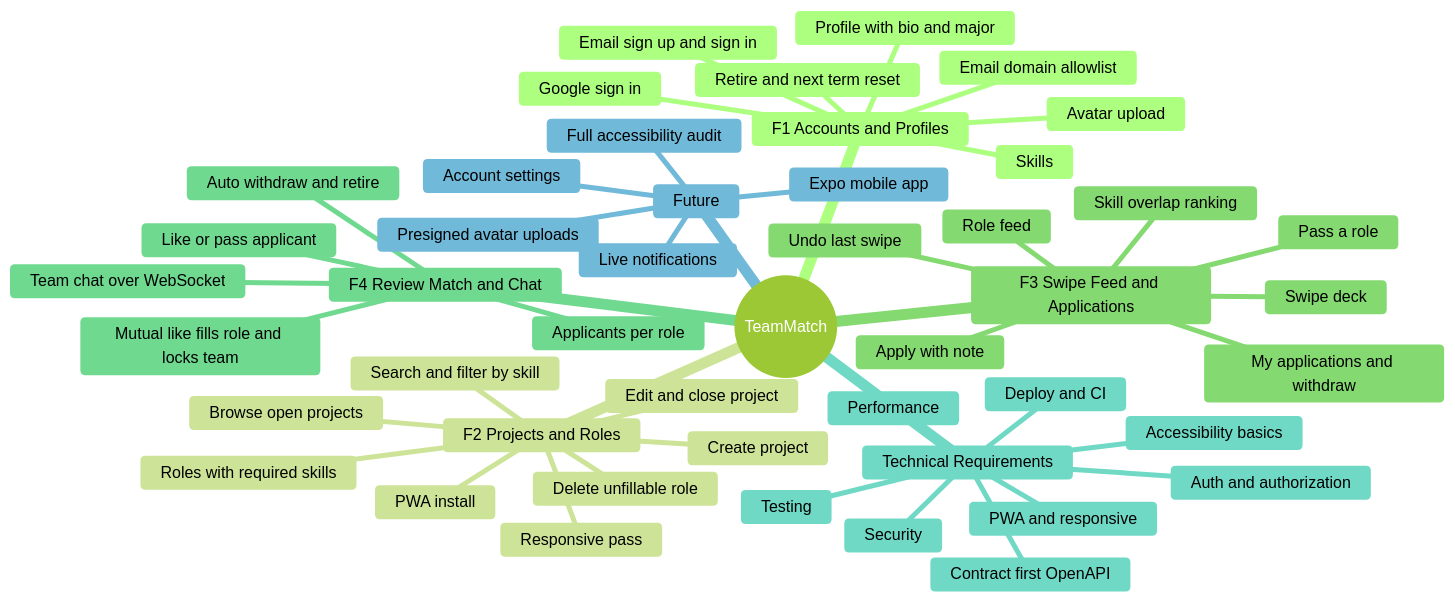
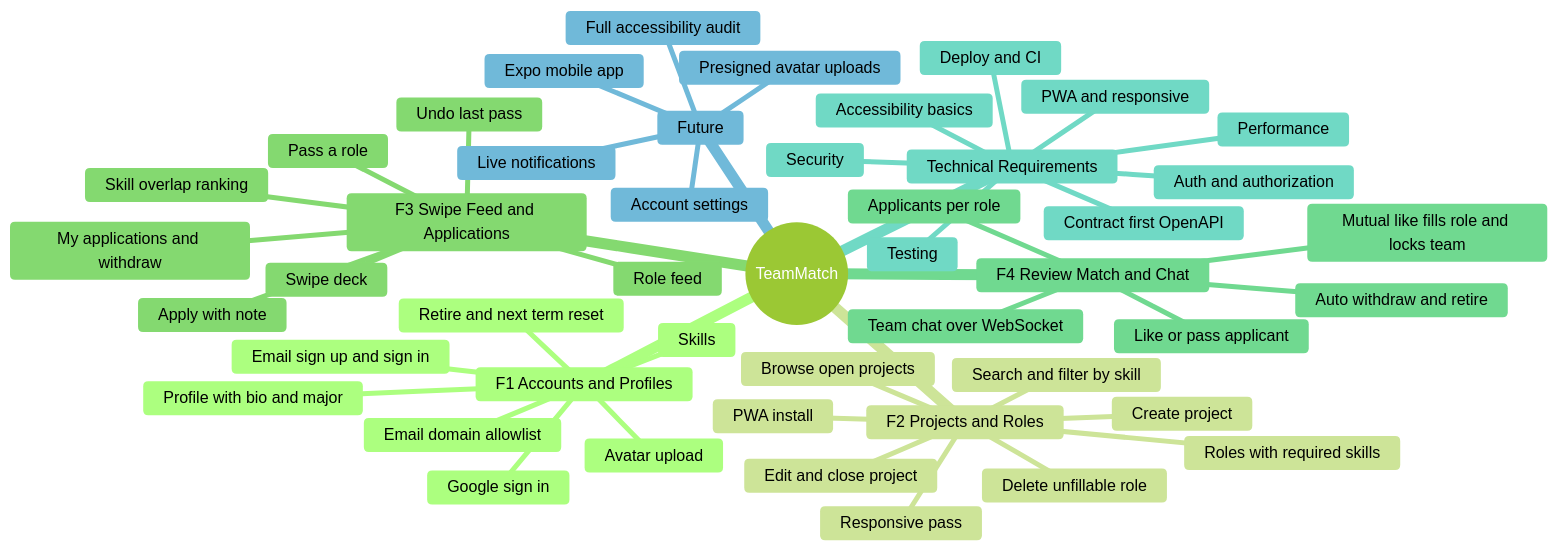
The second of 2 diagrams in docs/product/prd.md (season101/teammatch), drawn with Mermaid (forest theme) before and after one commit. The commit also changed other lines of this file and 14 other files, not shown here.

````diff
--- a/docs/product/prd.md
+++ b/docs/product/prd.md
@@ -156,50 +157,50 @@
 ```mermaid
 mindmap
   root((TeamMatch))
     F1 Accounts and Profiles
       Email sign up and sign in
       Google sign in
       Email domain allowlist
       Profile with bio and major
       Skills
       Avatar upload
       Retire and next term reset
     F2 Projects and Roles
       Create project
       Roles with required skills
       Browse open projects
       Edit and close project
       Delete unfillable role
       Search and filter by skill
       PWA install
       Responsive pass
     F3 Swipe Feed and Applications
       Role feed
       Apply with note
       Swipe deck
       Skill overlap ranking
       Pass a role
       My applications and withdraw
-      Undo last swipe
+      Undo last pass
     F4 Review Match and Chat
       Applicants per role
       Like or pass applicant
       Mutual like fills role and locks team
       Auto withdraw and retire
       Team chat over WebSocket
     Technical Requirements
       Contract first OpenAPI
       Auth and authorization
       Security
       Performance
       PWA and responsive
       Deploy and CI
       Testing
       Accessibility basics
     Future
       Expo mobile app
       Live notifications
       Account settings
       Full accessibility audit
       Presigned avatar uploads
 ```
````
